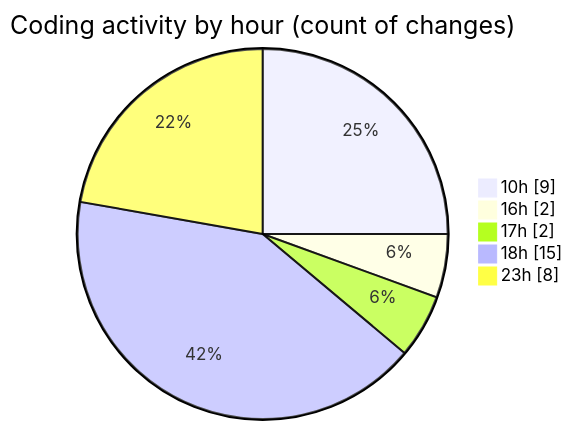
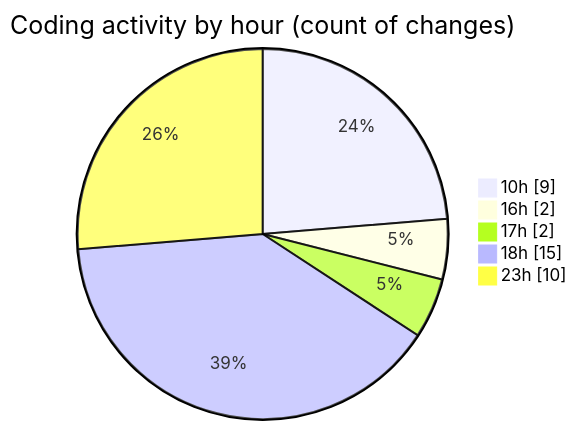
One commit to julien-gomy/code-tracking changed the second of 2 diagrams in 2025-10-10/eventscop-api-guide__workspace_/README.md. Above: the diagram before and after it, drawn with Mermaid. The commit also changed other lines of this file and 1 other file, not shown here.

````diff
--- a/2025-10-10/eventscop-api-guide__workspace_/README.md
+++ b/2025-10-10/eventscop-api-guide__workspace_/README.md
@@ -33,9 +33,9 @@
 ```mermaid
 pie showData
 title Coding activity by hour (count of changes)
 "10h" : 9
 "16h" : 2
 "17h" : 2
 "18h" : 15
-"23h" : 8
+"23h" : 10
 ```
````
